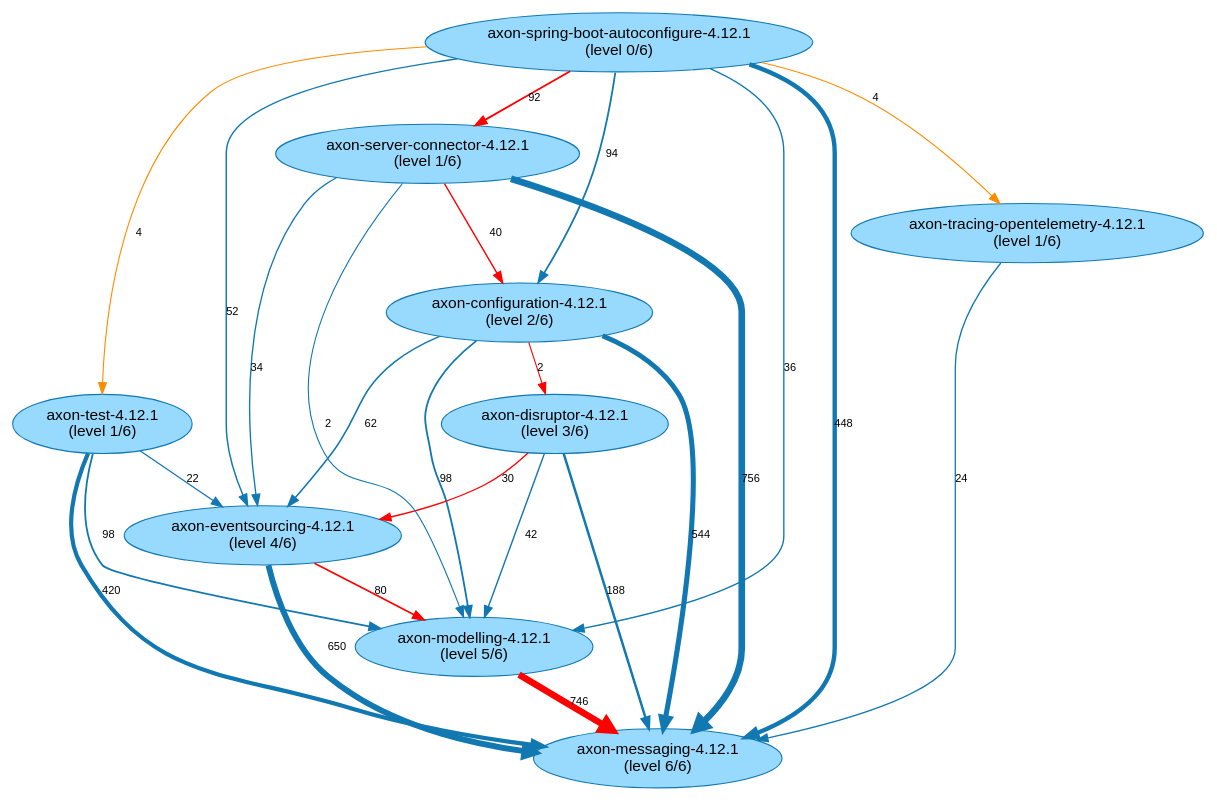
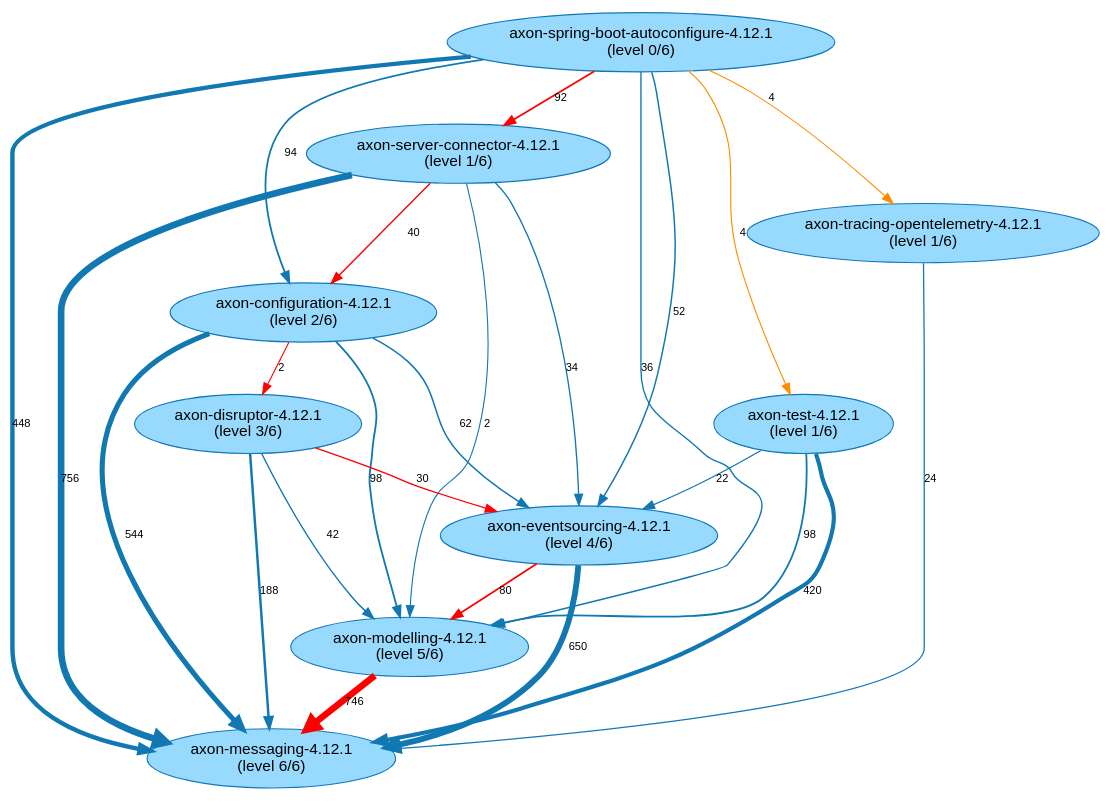
The diagram in analysis-results/AxonFramework/latest/path-finding-visualization/JavaArtifactLongestPaths.gv (JohT/code-graph-analysis-examples), drawn with Graphviz before and after one commit. The commit also changed other lines of this file and 551 other files, not shown here.

```diff
--- a/analysis-results/AxonFramework/latest/path-finding-visualization/JavaArtifactLongestPaths.gv
+++ b/analysis-results/AxonFramework/latest/path-finding-visualization/JavaArtifactLongestPaths.gv
@@ -1,37 +1,37 @@
 // This GraphViz dot file was generated by the script convertQueryResultCsvToGraphVizDotFile.sh with default.template
 
 strict digraph JavaArtifactLongestPaths {
     fontname = "Helvetica,Arial,sans-serif";
     node [fontname = "Helvetica,Arial,sans-serif";];
     edge [fontname = "Helvetica,Arial,sans-serif"; fontsize = 10;];
     node [style = filled; fillcolor = "0.560 0.400 0.999";];
     node [color = "0.560 0.900 0.700";];
     edge [color = "0.560 0.900 0.700";];
-	"axon-configuration-4.12.1\n(level 2/6)" -> "axon-messaging-4.12.1\n(level 6/6)" [label=544; penwidth=4.59; ];
-	"axon-configuration-4.12.1\n(level 2/6)" -> "axon-modelling-4.12.1\n(level 5/6)" [label=98; penwidth=1.64; ];
-	"axon-configuration-4.12.1\n(level 2/6)" -> "axon-eventsourcing-4.12.1\n(level 4/6)" [label=62; penwidth=1.4; ];
-	"axon-configuration-4.12.1\n(level 2/6)" -> "axon-disruptor-4.12.1\n(level 3/6)" [label=2; penwidth=1.0; color="red"; ];
-	"axon-spring-boot-autoconfigure-4.12.1\n(level 0/6)" -> "axon-tracing-opentelemetry-4.12.1\n(level 1/6)" [label=4; penwidth=1.01; ];
-	"axon-spring-boot-autoconfigure-4.12.1\n(level 0/6)" -> "axon-messaging-4.12.1\n(level 6/6)" [label=448; penwidth=3.96; ];
-	"axon-spring-boot-autoconfigure-4.12.1\n(level 0/6)" -> "axon-configuration-4.12.1\n(level 2/6)" [label=94; penwidth=1.61; ];
-	"axon-spring-boot-autoconfigure-4.12.1\n(level 0/6)" -> "axon-eventsourcing-4.12.1\n(level 4/6)" [label=52; penwidth=1.33; ];
-	"axon-spring-boot-autoconfigure-4.12.1\n(level 0/6)" -> "axon-server-connector-4.12.1\n(level 1/6)" [label=92; penwidth=1.6; color="red"; ];
-	"axon-spring-boot-autoconfigure-4.12.1\n(level 0/6)" -> "axon-modelling-4.12.1\n(level 5/6)" [label=36; penwidth=1.23; ];
-	"axon-spring-boot-autoconfigure-4.12.1\n(level 0/6)" -> "axon-test-4.12.1\n(level 1/6)" [label=4; penwidth=1.01; ];
-	"axon-tracing-opentelemetry-4.12.1\n(level 1/6)" -> "axon-messaging-4.12.1\n(level 6/6)" [label=24; penwidth=1.15; ];
-	"axon-eventsourcing-4.12.1\n(level 4/6)" -> "axon-messaging-4.12.1\n(level 6/6)" [label=650; penwidth=5.3; ];
-	"axon-eventsourcing-4.12.1\n(level 4/6)" -> "axon-modelling-4.12.1\n(level 5/6)" [label=80; penwidth=1.52; color="red"; ];
 	"axon-server-connector-4.12.1\n(level 1/6)" -> "axon-messaging-4.12.1\n(level 6/6)" [label=756; penwidth=6.0; ];
 	"axon-server-connector-4.12.1\n(level 1/6)" -> "axon-configuration-4.12.1\n(level 2/6)" [label=40; penwidth=1.25; color="red"; ];
 	"axon-server-connector-4.12.1\n(level 1/6)" -> "axon-eventsourcing-4.12.1\n(level 4/6)" [label=34; penwidth=1.21; ];
 	"axon-server-connector-4.12.1\n(level 1/6)" -> "axon-modelling-4.12.1\n(level 5/6)" [label=2; penwidth=1.0; ];
 	"axon-modelling-4.12.1\n(level 5/6)" -> "axon-messaging-4.12.1\n(level 6/6)" [label=746; penwidth=5.93; color="red"; ];
-	"axon-disruptor-4.12.1\n(level 3/6)" -> "axon-eventsourcing-4.12.1\n(level 4/6)" [label=30; penwidth=1.19; color="red"; ];
+	"axon-eventsourcing-4.12.1\n(level 4/6)" -> "axon-messaging-4.12.1\n(level 6/6)" [label=650; penwidth=5.3; ];
+	"axon-eventsourcing-4.12.1\n(level 4/6)" -> "axon-modelling-4.12.1\n(level 5/6)" [label=80; penwidth=1.52; color="red"; ];
+	"axon-spring-boot-autoconfigure-4.12.1\n(level 0/6)" -> "axon-messaging-4.12.1\n(level 6/6)" [label=448; penwidth=3.96; ];
+	"axon-spring-boot-autoconfigure-4.12.1\n(level 0/6)" -> "axon-configuration-4.12.1\n(level 2/6)" [label=94; penwidth=1.61; ];
+	"axon-spring-boot-autoconfigure-4.12.1\n(level 0/6)" -> "axon-eventsourcing-4.12.1\n(level 4/6)" [label=52; penwidth=1.33; ];
+	"axon-spring-boot-autoconfigure-4.12.1\n(level 0/6)" -> "axon-modelling-4.12.1\n(level 5/6)" [label=36; penwidth=1.23; ];
+	"axon-spring-boot-autoconfigure-4.12.1\n(level 0/6)" -> "axon-server-connector-4.12.1\n(level 1/6)" [label=92; penwidth=1.6; color="red"; ];
+	"axon-spring-boot-autoconfigure-4.12.1\n(level 0/6)" -> "axon-test-4.12.1\n(level 1/6)" [label=4; penwidth=1.01; ];
+	"axon-spring-boot-autoconfigure-4.12.1\n(level 0/6)" -> "axon-tracing-opentelemetry-4.12.1\n(level 1/6)" [label=4; penwidth=1.01; ];
+	"axon-tracing-opentelemetry-4.12.1\n(level 1/6)" -> "axon-messaging-4.12.1\n(level 6/6)" [label=24; penwidth=1.15; ];
 	"axon-disruptor-4.12.1\n(level 3/6)" -> "axon-messaging-4.12.1\n(level 6/6)" [label=188; penwidth=2.23; ];
 	"axon-disruptor-4.12.1\n(level 3/6)" -> "axon-modelling-4.12.1\n(level 5/6)" [label=42; penwidth=1.27; ];
+	"axon-disruptor-4.12.1\n(level 3/6)" -> "axon-eventsourcing-4.12.1\n(level 4/6)" [label=30; penwidth=1.19; color="red"; ];
+	"axon-configuration-4.12.1\n(level 2/6)" -> "axon-messaging-4.12.1\n(level 6/6)" [label=544; penwidth=4.59; ];
+	"axon-configuration-4.12.1\n(level 2/6)" -> "axon-eventsourcing-4.12.1\n(level 4/6)" [label=62; penwidth=1.4; ];
+	"axon-configuration-4.12.1\n(level 2/6)" -> "axon-modelling-4.12.1\n(level 5/6)" [label=98; penwidth=1.64; ];
+	"axon-configuration-4.12.1\n(level 2/6)" -> "axon-disruptor-4.12.1\n(level 3/6)" [label=2; penwidth=1.0; color="red"; ];
 	"axon-test-4.12.1\n(level 1/6)" -> "axon-messaging-4.12.1\n(level 6/6)" [label=420; penwidth=3.77; ];
 	"axon-test-4.12.1\n(level 1/6)" -> "axon-modelling-4.12.1\n(level 5/6)" [label=98; penwidth=1.64; ];
 	"axon-test-4.12.1\n(level 1/6)" -> "axon-eventsourcing-4.12.1\n(level 4/6)" [label=22; penwidth=1.13; ];
 	"axon-spring-boot-autoconfigure-4.12.1\n(level 0/6)" -> "axon-tracing-opentelemetry-4.12.1\n(level 1/6)" [label=4; penwidth=1.01; color="darkorange"; ];
 	"axon-spring-boot-autoconfigure-4.12.1\n(level 0/6)" -> "axon-test-4.12.1\n(level 1/6)" [label=4; penwidth=1.01; color="darkorange"; ];
 }
```
